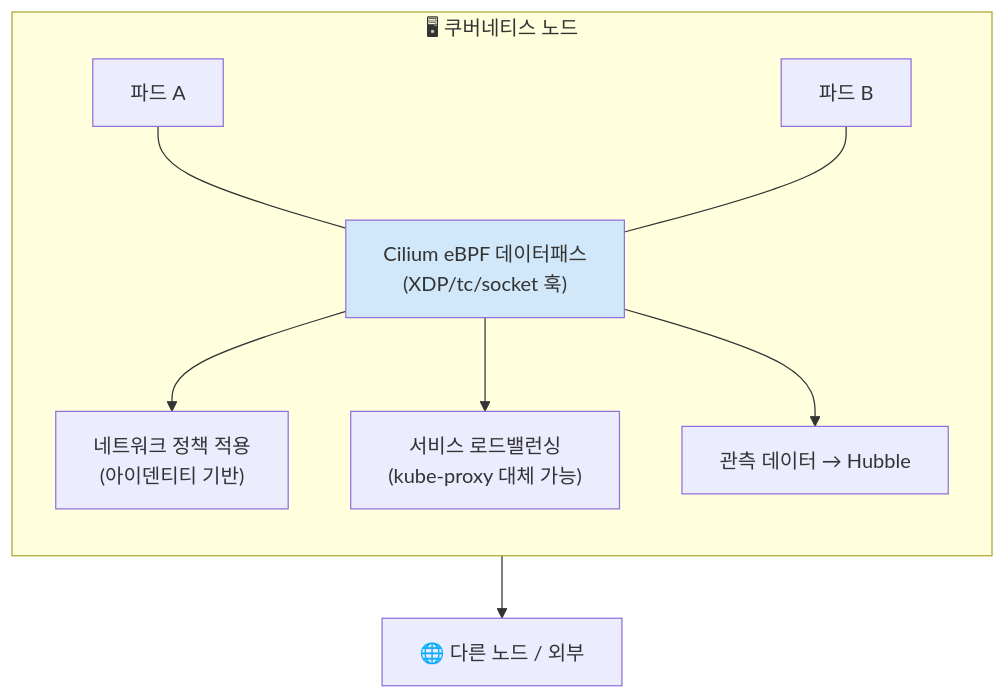
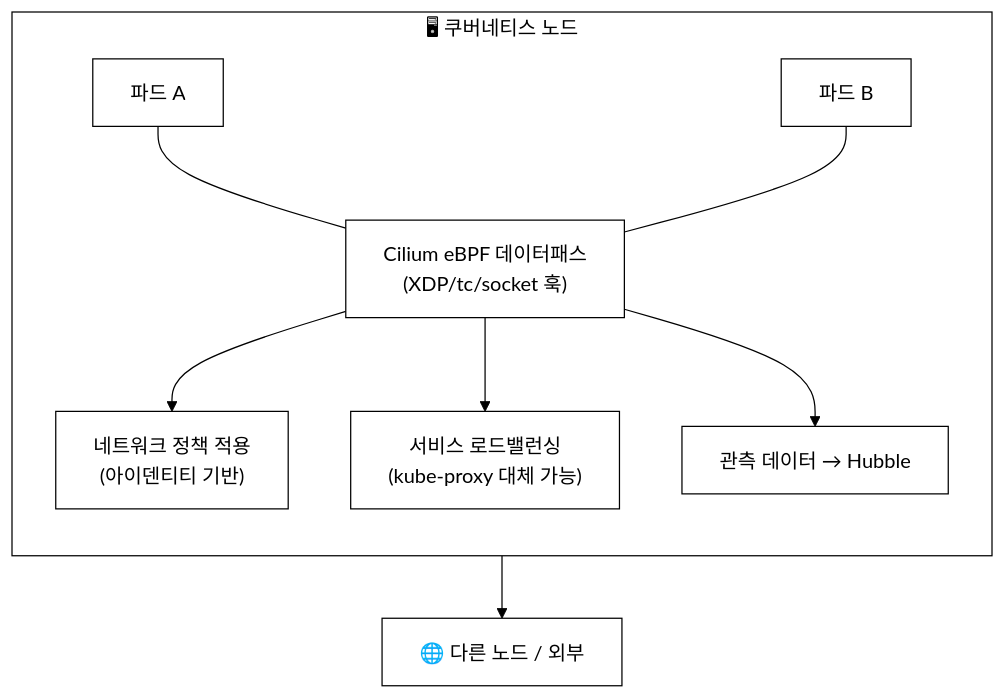
The fourth of 6 diagrams in docs/lecture/12주차_eBPF_네트워킹_XDP_tc_Cilium.md (iamywl/ebpf-lab), drawn with Mermaid before and after one commit. The commit also changed other lines of this file and 33 other files, not shown here.

First line of the commit message:
강의자료: 다이어그램 흑백(논문 스타일) 통일 + 실제 실행 스크린샷 삽입

````diff
--- a/docs/lecture/12주차_eBPF_네트워킹_XDP_tc_Cilium.md
+++ b/docs/lecture/12주차_eBPF_네트워킹_XDP_tc_Cilium.md
@@ -129,14 +132,15 @@
 ```mermaid
+%%{init: {"theme":"base","themeVariables":{"background":"#ffffff","primaryColor":"#ffffff","primaryBorderColor":"#000000","primaryTextColor":"#000000","secondaryColor":"#ffffff","secondaryBorderColor":"#000000","secondaryTextColor":"#000000","tertiaryColor":"#ffffff","tertiaryBorderColor":"#000000","tertiaryTextColor":"#000000","lineColor":"#000000","textColor":"#000000","mainBkg":"#ffffff","secondBkg":"#ffffff","clusterBkg":"#ffffff","clusterBorder":"#000000","edgeLabelBackground":"#ffffff","nodeBorder":"#000000","defaultLinkColor":"#000000","titleColor":"#000000","actorBkg":"#ffffff","actorBorder":"#000000","actorTextColor":"#000000","actorLineColor":"#000000","signalColor":"#000000","signalTextColor":"#000000","labelBoxBkgColor":"#ffffff","labelBoxBorderColor":"#000000","labelTextColor":"#000000","loopTextColor":"#000000","noteBkgColor":"#ffffff","noteBorderColor":"#000000","noteTextColor":"#000000","activationBkgColor":"#ffffff","activationBorderColor":"#000000","sequenceNumberColor":"#000000","cScale0":"#ffffff","cScale1":"#ffffff","cScale2":"#ffffff","cScale3":"#ffffff","cScale4":"#ffffff","cScale5":"#ffffff","cScale6":"#ffffff","cScale7":"#ffffff","cScale8":"#ffffff","cScale9":"#ffffff","cScale10":"#ffffff","cScale11":"#ffffff","cScaleLabel0":"#000000","cScaleLabel1":"#000000","cScaleLabel2":"#000000","cScaleLabel3":"#000000","cScaleLabel4":"#000000","cScaleLabel5":"#000000","cScaleLabel6":"#000000","cScaleLabel7":"#000000","cScaleLabel8":"#000000","cScaleLabel9":"#000000","cScaleLabel10":"#000000","cScaleLabel11":"#000000","pie1":"#ffffff","pie2":"#eeeeee","pie3":"#dddddd","pie4":"#cccccc","fontFamily":"Georgia, serif"}}}%%
 flowchart TB
     subgraph NODE["🖥 쿠버네티스 노드"]
         direction TB
         P1["파드 A"] --- DP
         P2["파드 B"] --- DP
         DP["Cilium eBPF 데이터패스\n(XDP/tc/socket 훅)"]
         DP --> POL["네트워크 정책 적용\n(아이덴티티 기반)"]
         DP --> LB["서비스 로드밸런싱\n(kube-proxy 대체 가능)"]
         DP --> OBS["관측 데이터 → Hubble"]
     end
     DP --> OUT["🌐 다른 노드 / 외부"]
-    style DP fill:#d0e8f9
+    style DP fill:#ffffff
 ```
````
